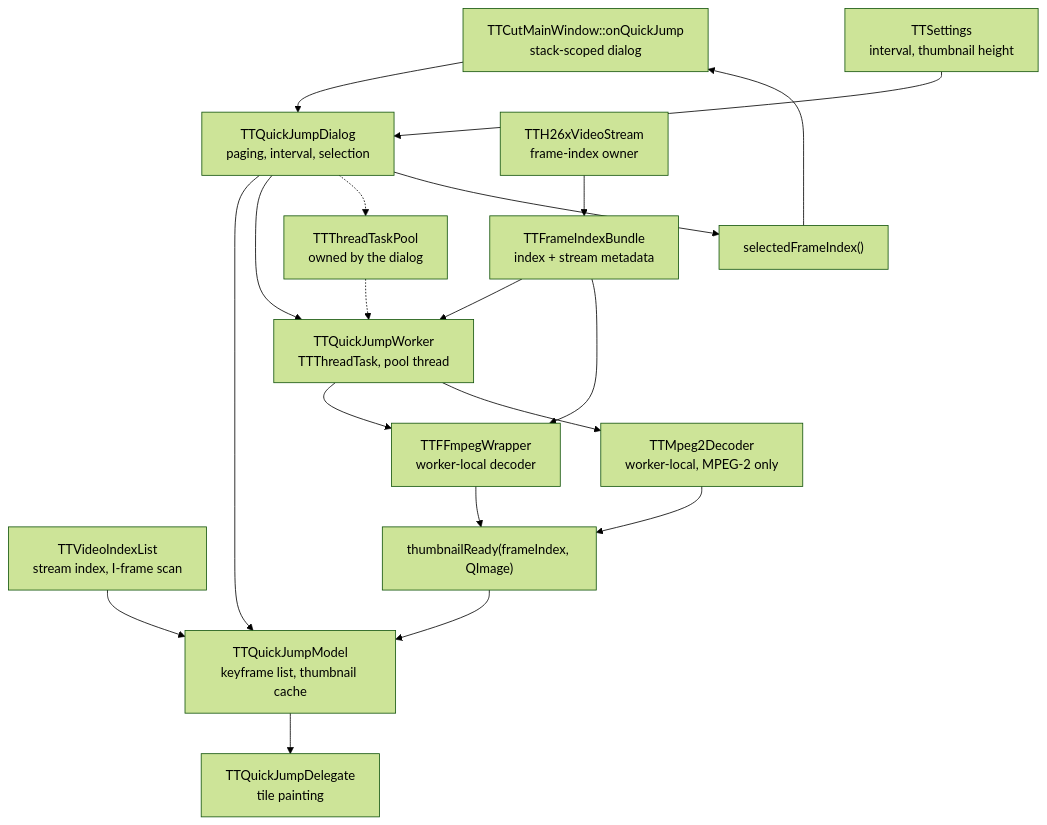
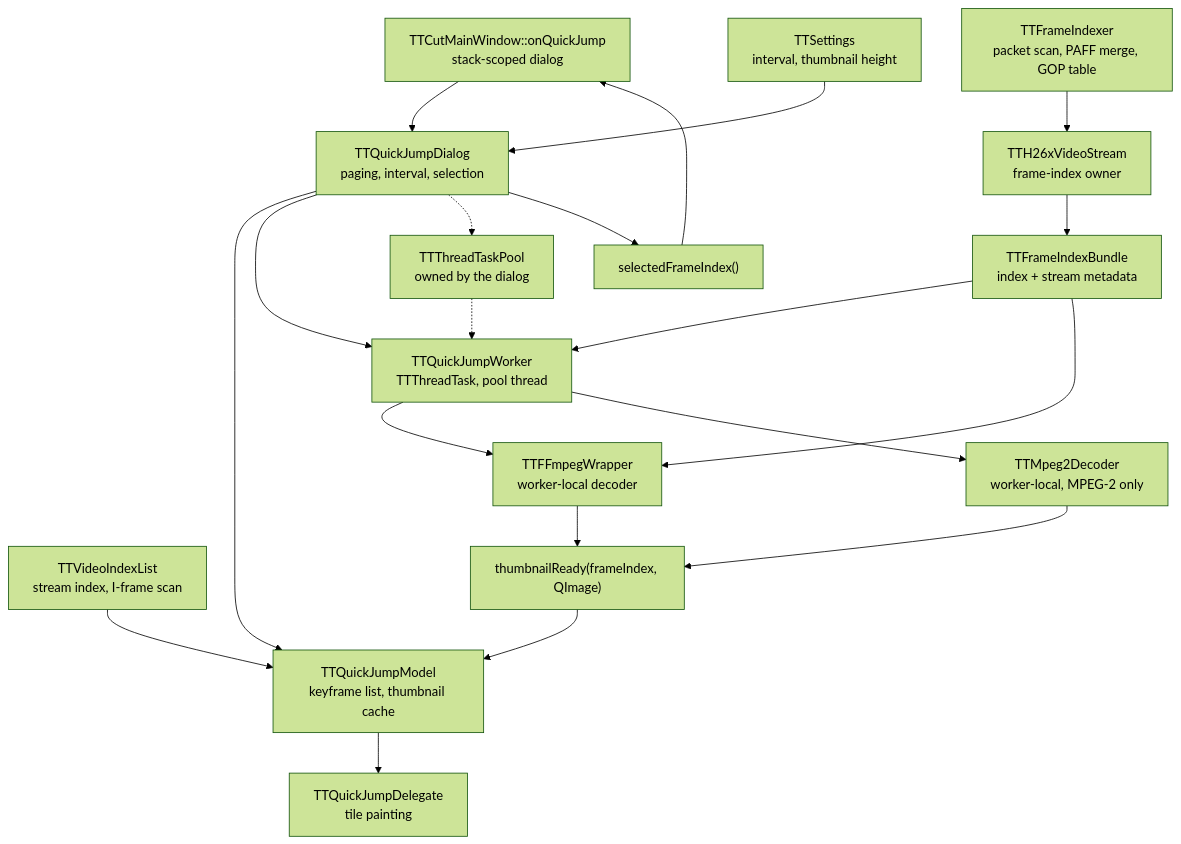
One commit to MINIXJR/TTCut-ng changed the diagram in docs/code-map/quick-jump.md. Above: the diagram before and after it, drawn with Mermaid (forest theme). The commit also changed other lines of this file and 35 other files, not shown here.

````diff
--- a/docs/code-map/quick-jump.md
+++ b/docs/code-map/quick-jump.md
@@ -36,36 +38,38 @@
 ```mermaid
 flowchart TD
     MW["TTCutMainWindow::onQuickJump<br/>stack-scoped dialog"]
     DLG["TTQuickJumpDialog<br/>paging, interval, selection"]
     MODEL["TTQuickJumpModel<br/>keyframe list, thumbnail cache"]
     DEL["TTQuickJumpDelegate<br/>tile painting"]
     POOL["TTThreadTaskPool<br/>owned by the dialog"]
     WORKER["TTQuickJumpWorker<br/>TTThreadTask, pool thread"]
     IDXLIST["TTVideoIndexList<br/>stream index, I-frame scan"]
     SET["TTSettings<br/>interval, thumbnail height"]
+    IXER["TTFrameIndexer<br/>packet scan, PAFF merge, GOP table"]
     OWNER["TTH26xVideoStream<br/>frame-index owner"]
     WRAP["TTFFmpegWrapper<br/>worker-local decoder"]
     MPEG2["TTMpeg2Decoder<br/>worker-local, MPEG-2 only"]
     BUNDLE["TTFrameIndexBundle<br/>index + stream metadata"]
     THUMB["thumbnailReady(frameIndex, QImage)"]
     SEL["selectedFrameIndex()"]
 
+    IXER --> OWNER
     MW --> DLG
     SET --> DLG
     DLG --> MODEL
     MODEL --> DEL
     IDXLIST --> MODEL
     DLG --> WORKER
     OWNER --> BUNDLE
     BUNDLE --> WORKER
     DLG -.-> POOL
     POOL -.-> WORKER
     WORKER --> WRAP
     WORKER --> MPEG2
     BUNDLE --> WRAP
     WRAP --> THUMB
     MPEG2 --> THUMB
     THUMB --> MODEL
     DLG --> SEL
     SEL --> MW
 ```
````
